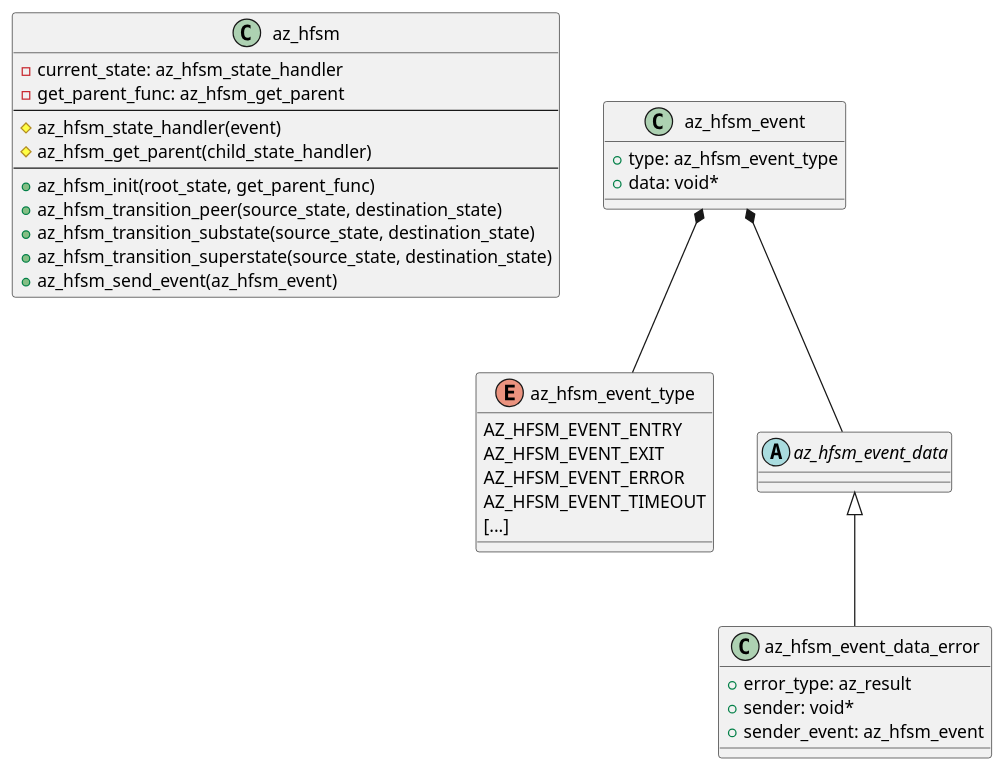
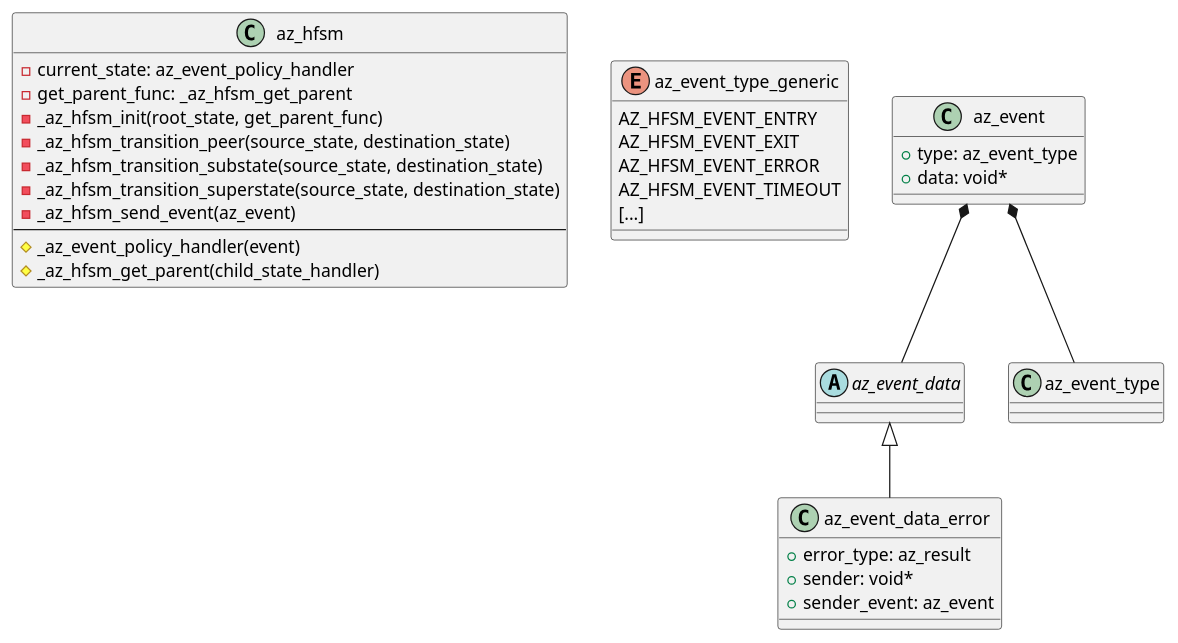
One commit to vaavva/azure-sdk-for-c-hfsm changed the diagram in sdk/docs/core/resources/core_hfsm_architecture.puml. Above: the diagram before and after it, drawn with PlantUML. The commit also changed 1 other file, not shown here.

```diff
--- a/sdk/docs/core/resources/core_hfsm_architecture.puml
+++ b/sdk/docs/core/resources/core_hfsm_architecture.puml
@@ -1,49 +1,48 @@
 @startuml
 
 class az_hfsm 
 {
-    -current_state: az_hfsm_state_handler
-    -get_parent_func: az_hfsm_get_parent
+    -current_state: az_event_policy_handler
+    -get_parent_func: _az_hfsm_get_parent
+    -_az_hfsm_init(root_state, get_parent_func)
+    -_az_hfsm_transition_peer(source_state, destination_state)
+    -_az_hfsm_transition_substate(source_state, destination_state)
+    -_az_hfsm_transition_superstate(source_state, destination_state)
+    -_az_hfsm_send_event(az_event)
     ---
-    #az_hfsm_state_handler(event)
-    #az_hfsm_get_parent(child_state_handler)
-    ---
-    +az_hfsm_init(root_state, get_parent_func)
-    +az_hfsm_transition_peer(source_state, destination_state)
-    +az_hfsm_transition_substate(source_state, destination_state)
-    +az_hfsm_transition_superstate(source_state, destination_state)
-    +az_hfsm_send_event(az_hfsm_event)
+    #_az_event_policy_handler(event)
+    #_az_hfsm_get_parent(child_state_handler)
 }
 
-enum az_hfsm_event_type
+enum az_event_type_generic
 {
     AZ_HFSM_EVENT_ENTRY
     AZ_HFSM_EVENT_EXIT
     AZ_HFSM_EVENT_ERROR
     AZ_HFSM_EVENT_TIMEOUT
     [...]
 }
 
-class az_hfsm_event
+class az_event
 {
-    +type: az_hfsm_event_type
+    +type: az_event_type
     +data: void*
 }
 
-abstract class az_hfsm_event_data
+abstract class az_event_data
 
-class az_hfsm_event_data_error
+class az_event_data_error
 {
     +error_type: az_result
     +sender: void*
-    +sender_event: az_hfsm_event
+    +sender_event: az_event
 }
 
 
-az_hfsm_event *-- az_hfsm_event_type
-az_hfsm_event *-- az_hfsm_event_data
+az_event *-- az_event_type
+az_event *-- az_event_data
 
-az_hfsm_event_data <|-- az_hfsm_event_data_error
+az_event_data <|-- az_event_data_error
 
 
 @enduml
```
